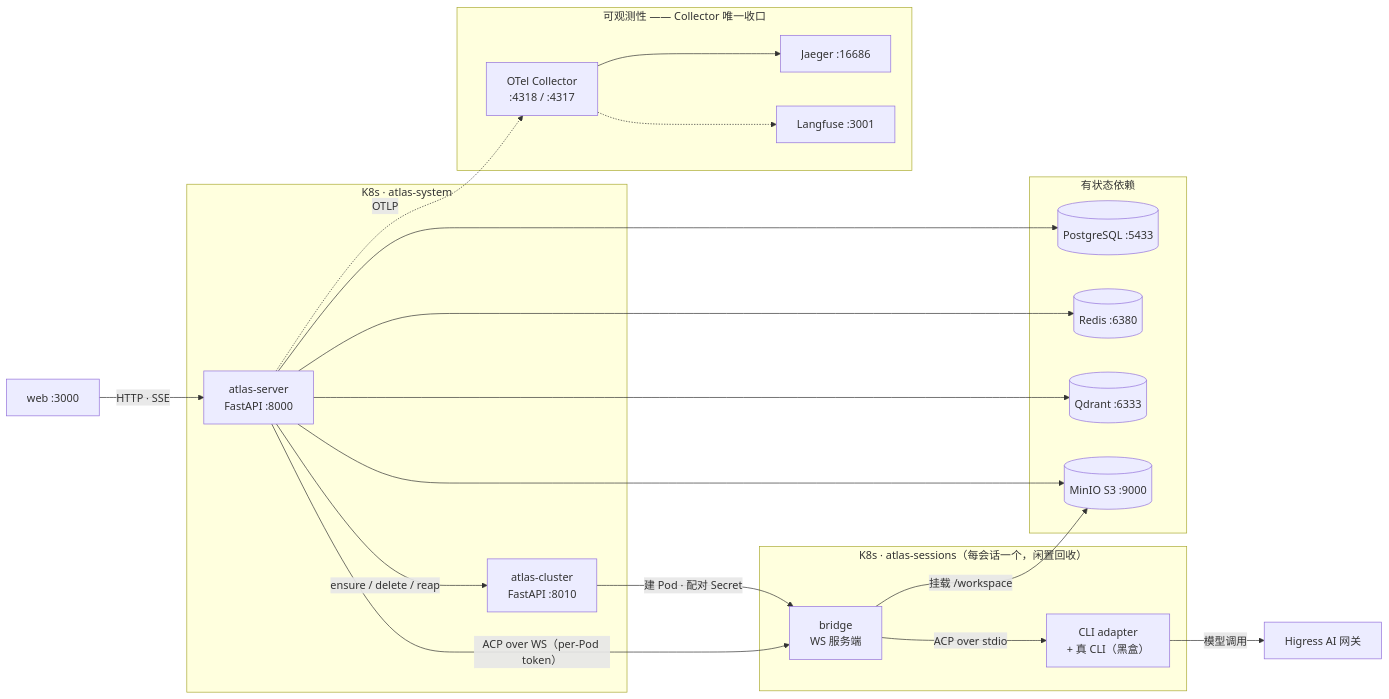
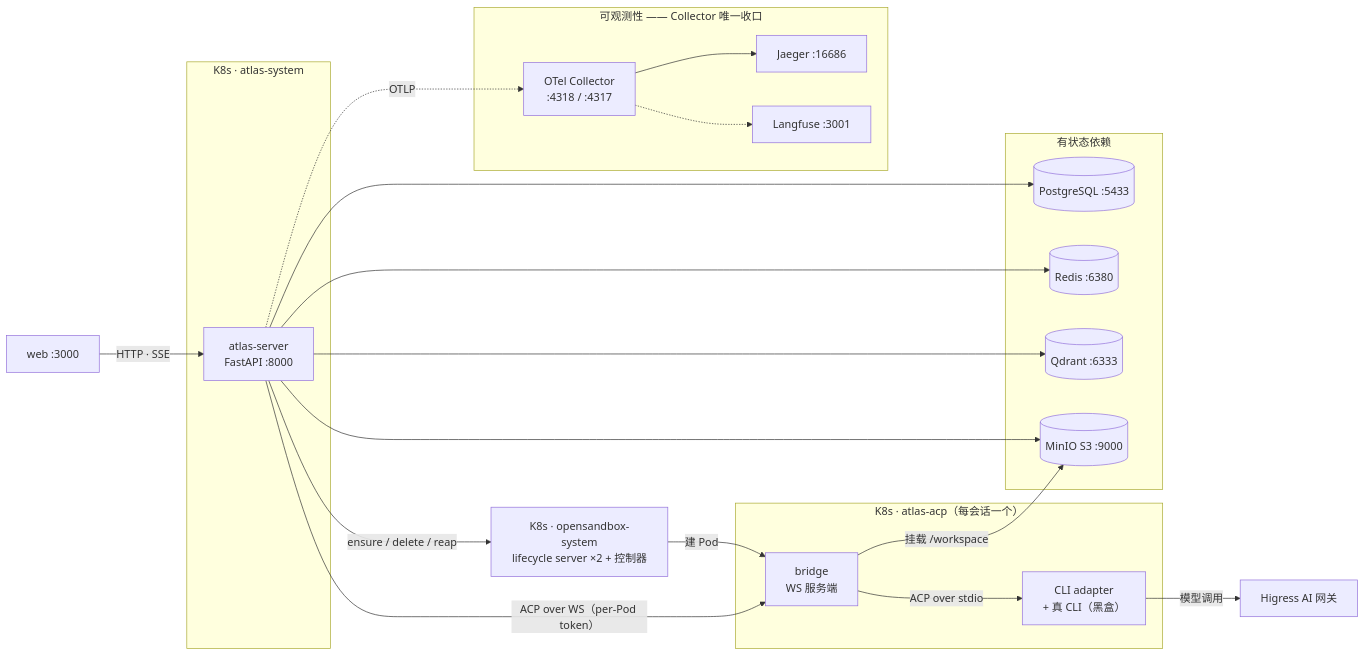
Before and after one commit to work-zhg/atlas: the second of 2 diagrams in README.md, drawn with Mermaid. The commit also changed other lines of this file and 547 other files, not shown here.

````diff
--- a/README.md
+++ b/README.md
@@ -153,41 +153,42 @@
 ```mermaid
 flowchart LR
   browser["web :3000"]
 
   subgraph sys["K8s · atlas-system"]
     server["atlas-server<br/>FastAPI :8000"]
-    clu["atlas-cluster<br/>FastAPI :8010"]
   end
 
-  subgraph sess["K8s · atlas-sessions（每会话一个，闲置回收）"]
+  osb["K8s · opensandbox-system<br/>lifecycle server ×2 + 控制器"]
+
+  subgraph sess["K8s · atlas-acp（每会话一个）"]
     bridge["bridge<br/>WS 服务端"]
     cli["CLI adapter<br/>+ 真 CLI（黑盒）"]
   end
 
   subgraph obs["可观测性 —— Collector 唯一收口"]
     otel["OTel Collector<br/>:4318 / :4317"]
     jaeger["Jaeger :16686"]
     langfuse["Langfuse :3001"]
   end
 
   subgraph data["有状态依赖"]
     pg[("PostgreSQL :5433")]
     redis[("Redis :6380")]
     qdrant[("Qdrant :6333")]
     minio[("MinIO S3 :9000")]
   end
 
   gw["Higress AI 网关"]
 
   browser -->|"HTTP · SSE"| server
-  server -->|"ensure / delete / reap"| clu
-  clu -->|"建 Pod · 配对 Secret"| bridge
+  server -->|"ensure / delete / reap"| osb
+  osb -->|"建 Pod"| bridge
   server -->|"ACP over WS（per-Pod token）"| bridge
   bridge -->|"ACP over stdio"| cli
   cli -->|"模型调用"| gw
   server -.->|"OTLP"| otel
   otel --> jaeger
   otel -.-> langfuse
   server --> pg & redis & qdrant & minio
   bridge -->|"挂载 /workspace"| minio
 ```
````
